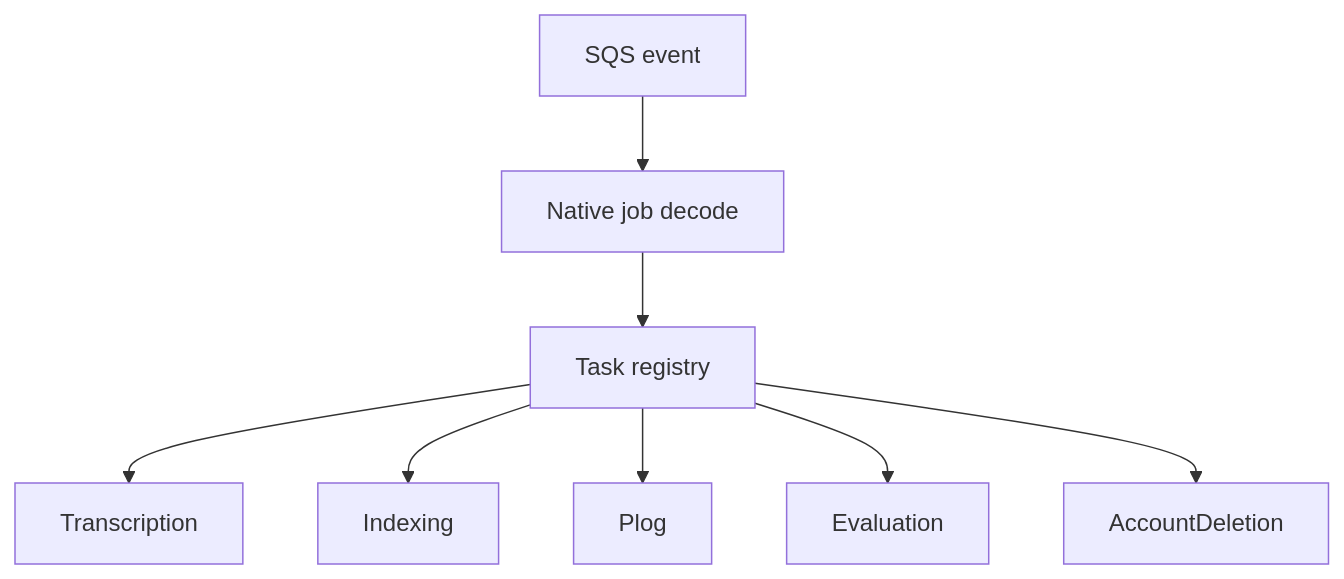
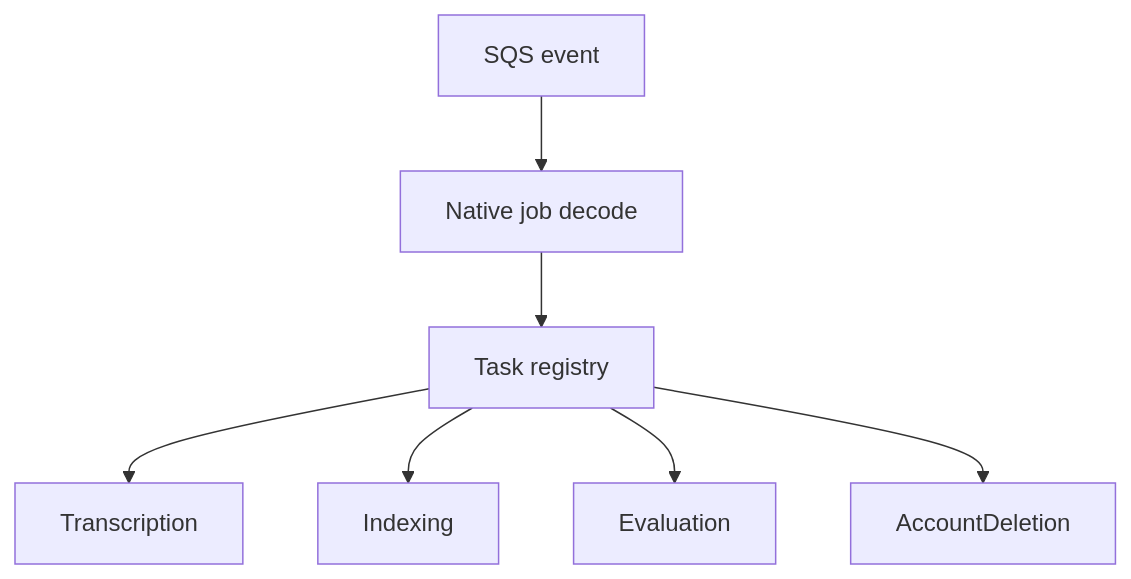
Before and after one commit to yukiharada1228/videoq: the third of 3 diagrams in docs/design/component-diagram.md, drawn with Mermaid. The commit also changed other lines of this file and 173 other files, not shown here.

````diff
--- a/docs/design/component-diagram.md
+++ b/docs/design/component-diagram.md
@@ -57,10 +57,9 @@
 ```mermaid
 flowchart TD
     Event[SQS event] --> Decode[Native job decode]
     Decode --> Registry[Task registry]
     Registry --> Transcription
     Registry --> Indexing
-    Registry --> Plog
     Registry --> Evaluation
     Registry --> AccountDeletion
 ```
````
